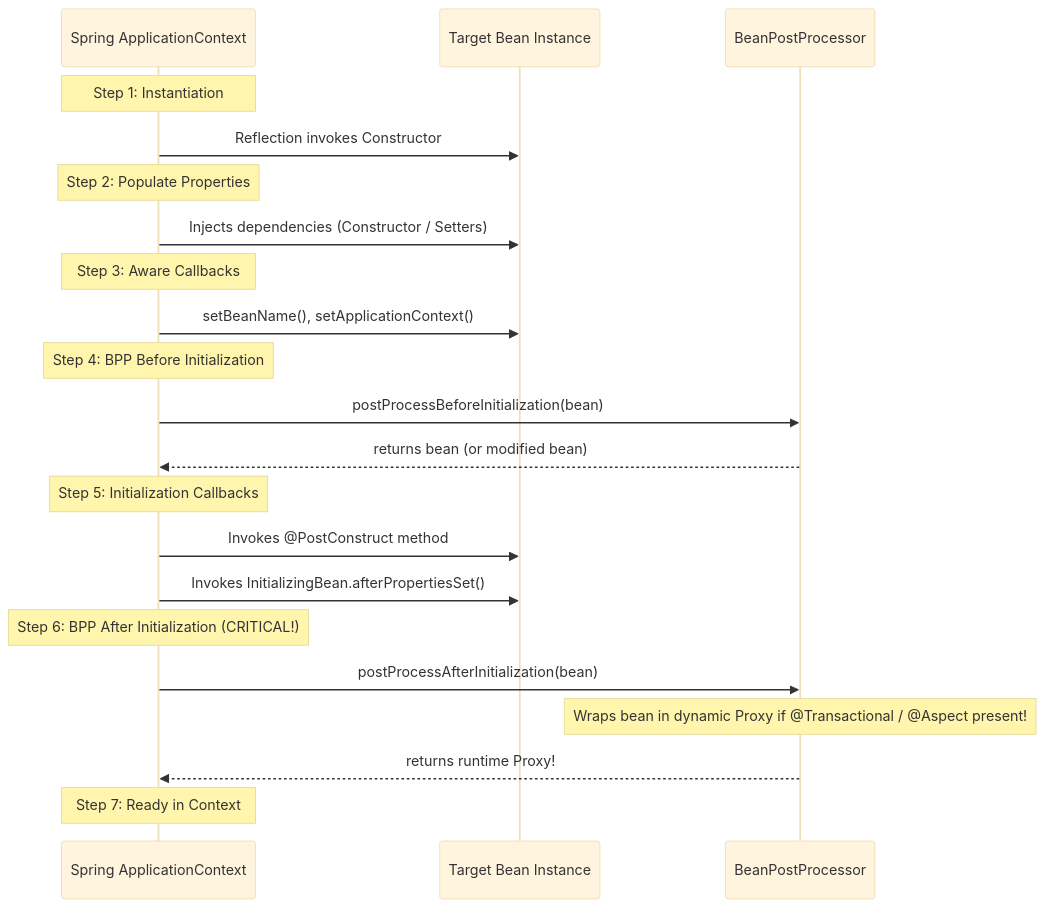
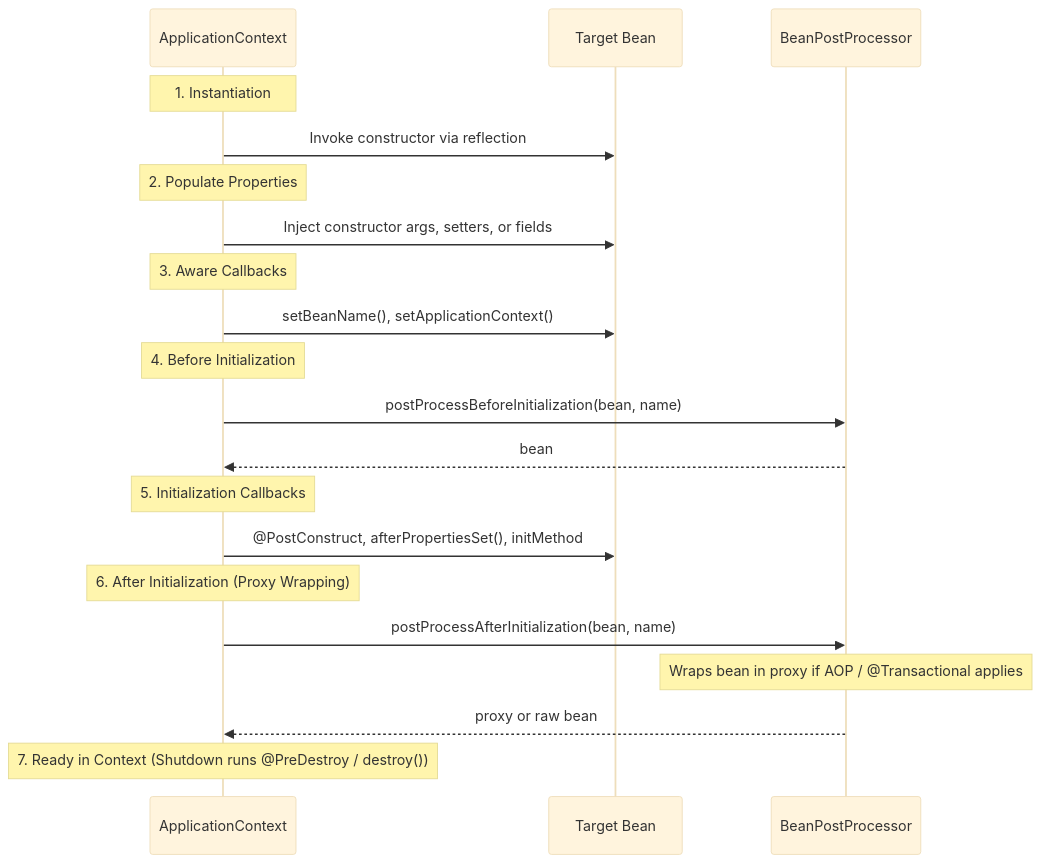
One commit to ravishankar2463/java_hub changed the third of 3 diagrams in content/roadmap/level-8/spring-core-internals.md. Above: the diagram before and after it, drawn with Mermaid (base theme). The commit also changed other lines of this file and 119 other files, not shown here.

Commit message:
feat: add comprehensive java learning roadmap content across multiple levels

````diff
--- a/content/roadmap/level-8/spring-core-internals.md
+++ b/content/roadmap/level-8/spring-core-internals.md
@@ -151,30 +174,29 @@
 ```mermaid
 sequenceDiagram
-    participant Container as Spring ApplicationContext
-    participant Bean as Target Bean Instance
+    participant Ctx as ApplicationContext
+    participant Bean as Target Bean
     participant BPP as BeanPostProcessor
 
-    Note over Container: Step 1: Instantiation
-    Container->>Bean: Reflection invokes Constructor
-    
-    Note over Container: Step 2: Populate Properties
-    Container->>Bean: Injects dependencies (Constructor / Setters)
-    
-    Note over Container: Step 3: Aware Callbacks
-    Container->>Bean: setBeanName(), setApplicationContext()
-    
-    Note over Container: Step 4: BPP Before Initialization
-    Container->>BPP: postProcessBeforeInitialization(bean)
-    BPP-->>Container: returns bean (or modified bean)
-    
-    Note over Container: Step 5: Initialization Callbacks
-    Container->>Bean: Invokes @PostConstruct method
-    Container->>Bean: Invokes InitializingBean.afterPropertiesSet()
-    
-    Note over Container: Step 6: BPP After Initialization (CRITICAL!)
-    Container->>BPP: postProcessAfterInitialization(bean)
-    Note over BPP: Wraps bean in dynamic Proxy if @Transactional / @Aspect present!
-    BPP-->>Container: returns runtime Proxy!
-    
-    Note over Container: Step 7: Ready in Context
+    Note over Ctx: 1. Instantiation
+    Ctx->>Bean: Invoke constructor via reflection
+
+    Note over Ctx: 2. Populate Properties
+    Ctx->>Bean: Inject constructor args, setters, or fields
+
+    Note over Ctx: 3. Aware Callbacks
+    Ctx->>Bean: setBeanName(), setApplicationContext()
+
+    Note over Ctx: 4. Before Initialization
+    Ctx->>BPP: postProcessBeforeInitialization(bean, name)
+    BPP-->>Ctx: bean
+
+    Note over Ctx: 5. Initialization Callbacks
+    Ctx->>Bean: @PostConstruct, afterPropertiesSet(), initMethod
+
+    Note over Ctx: 6. After Initialization (Proxy Wrapping)
+    Ctx->>BPP: postProcessAfterInitialization(bean, name)
+    Note over BPP: Wraps bean in proxy if AOP / @Transactional applies
+    BPP-->>Ctx: proxy or raw bean
+
+    Note over Ctx: 7. Ready in Context (Shutdown runs @PreDestroy / destroy())
 ```
````
